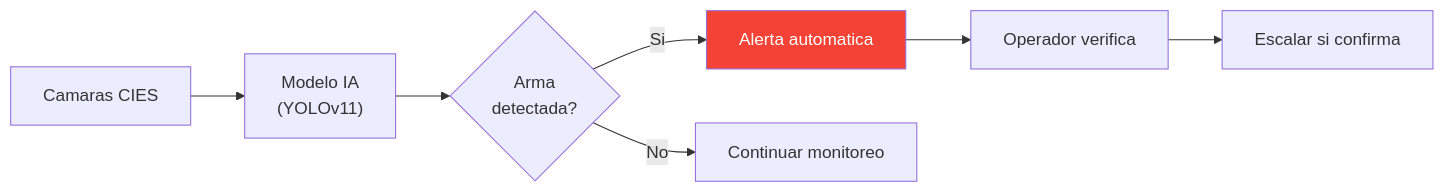
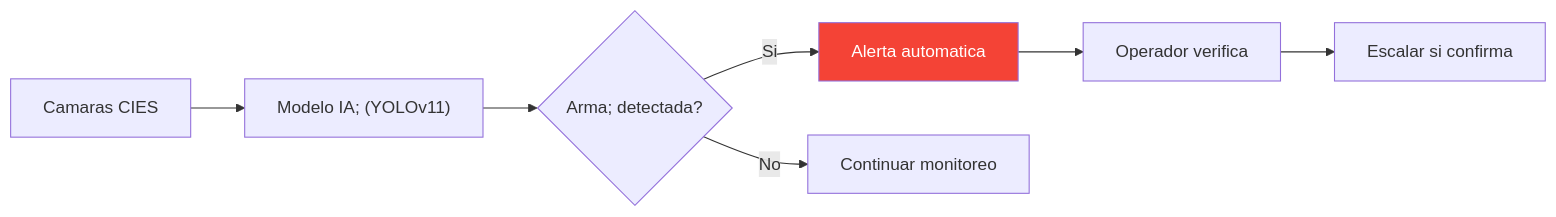
The sixth of 8 diagrams in KNOWLEDGE/gn/kb/bpmn-cies-sitia.md (felix-antonio-sl/kora), drawn with Mermaid before and after one commit. The commit also changed other lines of this file and 1034 other files, not shown here.

````diff
--- a/KNOWLEDGE/gn/kb/bpmn-cies-sitia.md
+++ b/KNOWLEDGE/gn/kb/bpmn-cies-sitia.md
@@ -195,11 +204,11 @@
 ```mermaid
 flowchart LR
-    A["Camaras CIES"] --> B["Modelo IA<br/>(YOLOv11)"]
-    B --> C{"Arma<br/>detectada?"}
-    C -->|"Si"| D["Alerta automatica"]
-    C -->|"No"| E["Continuar monitoreo"]
-    D --> F["Operador verifica"]
-    F --> G["Escalar si confirma"]
+ A["Camaras CIES"] --> B["Modelo IA; (YOLOv11)"]
+ B --> C{"Arma; detectada?"}
+ C -->|"Si"| D["Alerta automatica"]
+ C -->|"No"| E["Continuar monitoreo"]
+ D --> F["Operador verifica"]
+ F --> G["Escalar si confirma"]
 
-    style D fill:#f44336,color:#fff
+ style D fill:#f44336,color:#fff
 ```
````
